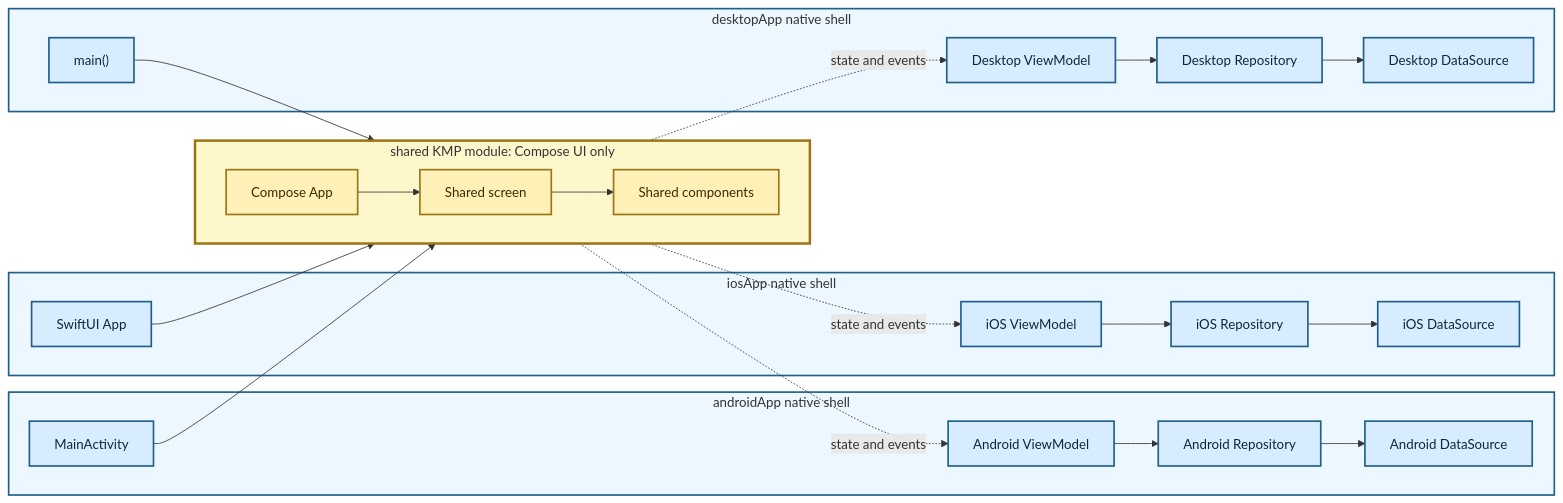
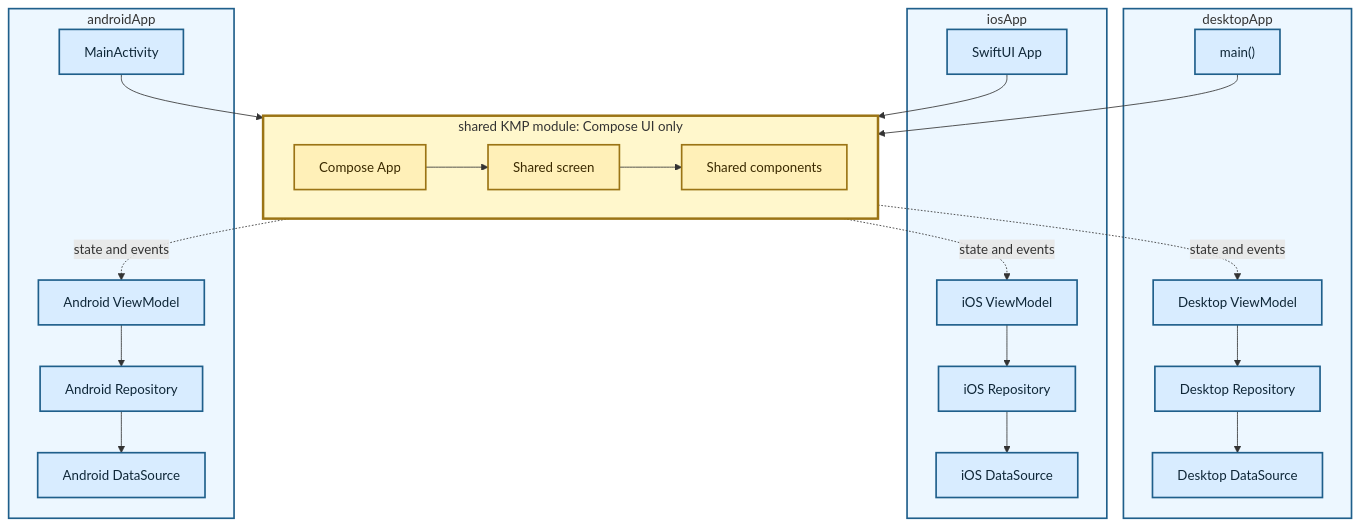
The diagram in diagrams/03-kmp-compose-ui.md (TheSetox/kmp-sample-diagrams), drawn with Mermaid before and after one commit. The commit also changed 19 other files, not shown here.

Commit message:
docs: align platform diagram boxes

````diff
--- a/diagrams/03-kmp-compose-ui.md
+++ b/diagrams/03-kmp-compose-ui.md
@@ -5,50 +5,50 @@
 ```mermaid
-flowchart LR
-  subgraph Android["androidApp native shell"]
-    AEntry["MainActivity"]
-    AVM["Android ViewModel"]
-    ARepository["Android Repository"]
-    ADataSource["Android DataSource"]
-    AVM --> ARepository --> ADataSource
+flowchart TB
+  subgraph Desktop["desktopApp"]
+    DEntry["main()"]
+    DVM["Desktop ViewModel"]
+    DRepository["Desktop Repository"]
+    DDataSource["Desktop DataSource"]
+    DVM --> DRepository --> DDataSource
   end
 
-  subgraph IOS["iosApp native shell"]
+  subgraph IOS["iosApp"]
     IEntry["SwiftUI App"]
     IVM["iOS ViewModel"]
     IRepository["iOS Repository"]
     IDataSource["iOS DataSource"]
     IVM --> IRepository --> IDataSource
   end
 
-  subgraph Desktop["desktopApp native shell"]
-    DEntry["main()"]
-    DVM["Desktop ViewModel"]
-    DRepository["Desktop Repository"]
-    DDataSource["Desktop DataSource"]
-    DVM --> DRepository --> DDataSource
+  subgraph Android["androidApp"]
+    AEntry["MainActivity"]
+    AVM["Android ViewModel"]
+    ARepository["Android Repository"]
+    ADataSource["Android DataSource"]
+    AVM --> ARepository --> ADataSource
   end
 
   subgraph KMP["shared KMP module: Compose UI only"]
     direction LR
     App["Compose App"]
     Screen["Shared screen"]
     Components["Shared components"]
     App --> Screen --> Components
   end
 
   AEntry --> App
   IEntry --> App
   DEntry --> App
   Screen -. "state and events" .-> AVM
   Screen -. "state and events" .-> IVM
   Screen -. "state and events" .-> DVM
 
   classDef app fill:#d8ecff,stroke:#1f5f8b,color:#0f2738,stroke-width:2px;
   classDef kmp fill:#fff0b8,stroke:#9b7415,color:#3b2a00,stroke-width:2px;
   class AEntry,AVM,ARepository,ADataSource,IEntry,IVM,IRepository,IDataSource,DEntry,DVM,DRepository,DDataSource app;
   class App,Screen,Components kmp;
   style Android fill:#edf7ff,stroke:#1f5f8b,stroke-width:2px
   style IOS fill:#edf7ff,stroke:#1f5f8b,stroke-width:2px
   style Desktop fill:#edf7ff,stroke:#1f5f8b,stroke-width:2px
   style KMP fill:#fff7cc,stroke:#9b7415,stroke-width:3px
 ```
````
